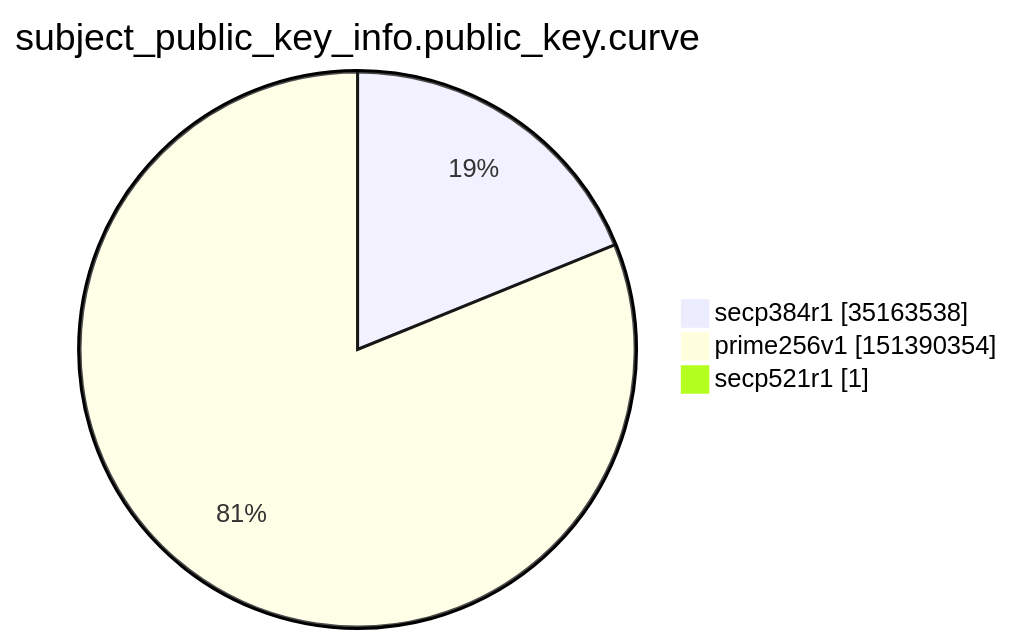
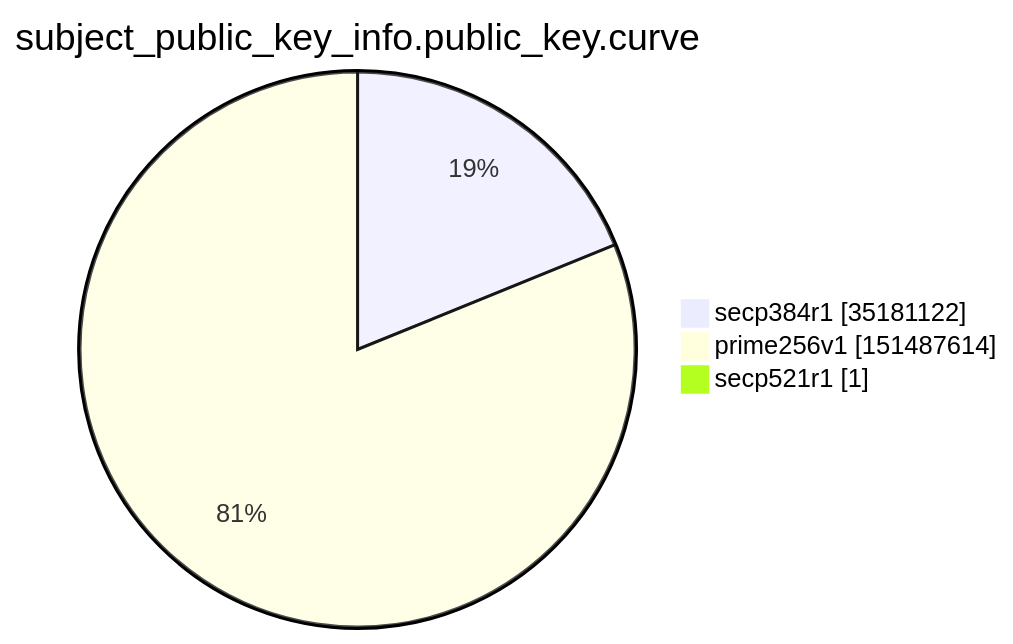
The ninth of 15 diagrams in argon2022/README.md (christiankrug/ctmonitor_visualization), drawn with Mermaid before and after one commit. The commit also changed other lines of this file, not shown here.

````diff
--- a/argon2022/README.md
+++ b/argon2022/README.md
@@ -2765,7 +2765,7 @@
 ```mermaid
 pie showData
 title subject_public_key_info.public_key.curve
-"secp384r1" :35163538
-"prime256v1" :151390354
+"secp384r1" :35181122
+"prime256v1" :151487614
 "secp521r1" :1
 ```
````
